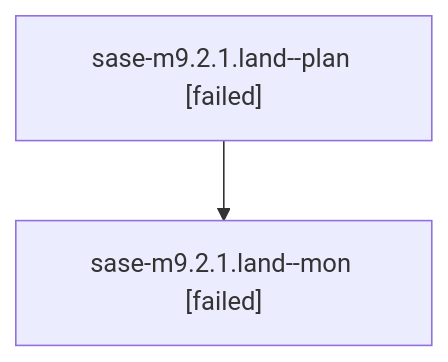
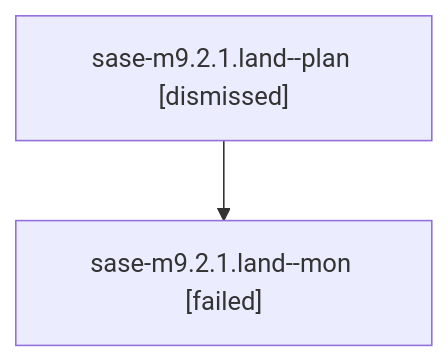
The diagram in families/bbugyi200.athena.sase-m9.2.1.land.md (sase-org/sase--agents), drawn with Mermaid before and after one commit. The commit also changed other lines of this file and 216 other files, not shown here.

````diff
--- a/families/bbugyi200.athena.sase-m9.2.1.land.md
+++ b/families/bbugyi200.athena.sase-m9.2.1.land.md
@@ -9,6 +9,6 @@
 ```mermaid
 flowchart TD
-  n0["sase-m9.2.1.land--plan [failed]"]
+  n0["sase-m9.2.1.land--plan [dismissed]"]
   n1["sase-m9.2.1.land--mon [failed]"]
   n0 --> n1
 ```
````
